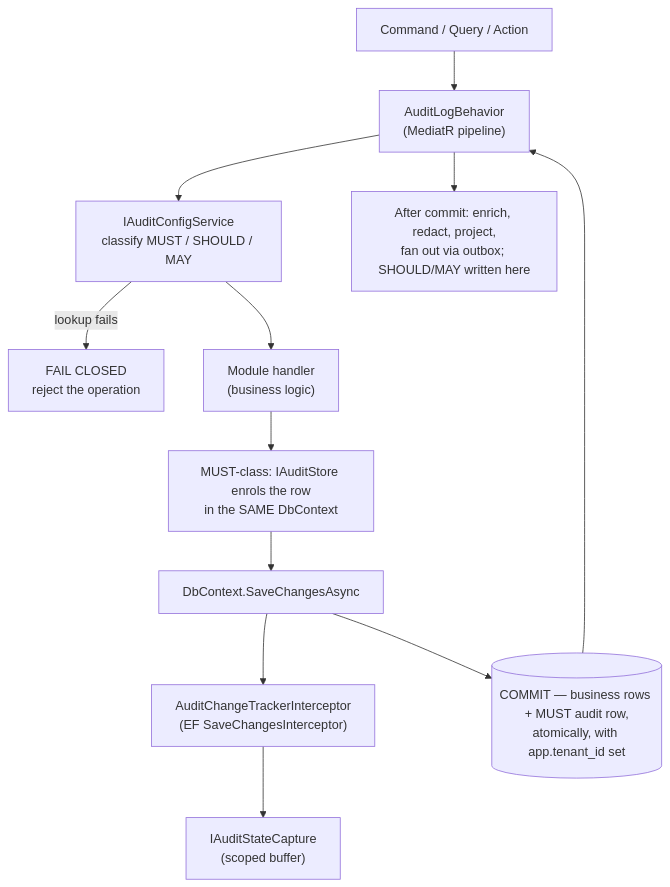
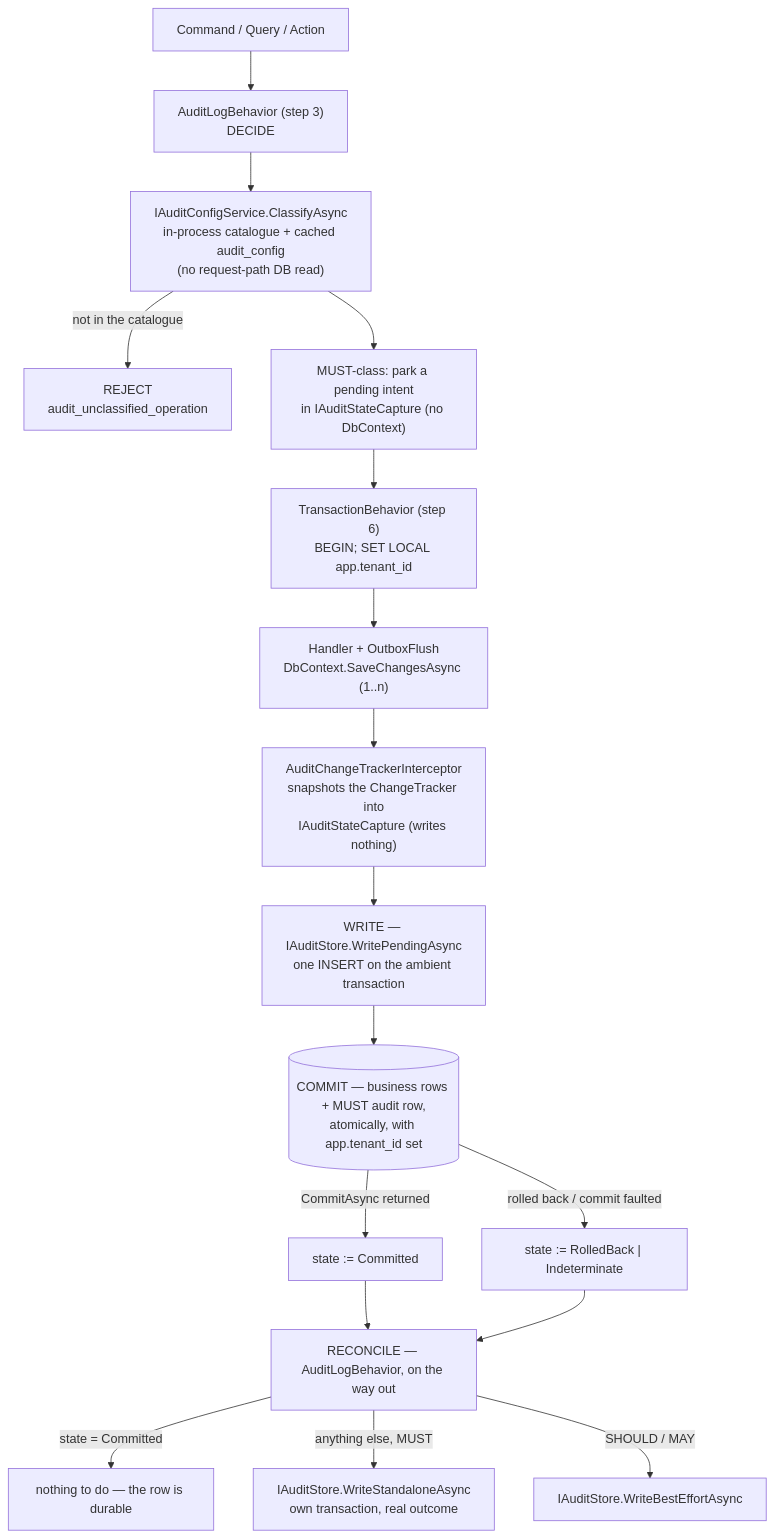
The diagram in docs/architecture/31-audit-subsystem.md (HodeTech/LearnStack), drawn with Mermaid before and after one commit. The commit also changed other lines of this file and 6 other files, not shown here.

First line of the commit message:
fix(audit): settle the durability model on the transaction, not on SaveChanges

````diff
--- a/docs/architecture/31-audit-subsystem.md
+++ b/docs/architecture/31-audit-subsystem.md
@@ -45,14 +55,19 @@
 ```mermaid
 flowchart TB
-    Cmd["Command / Query / Action"] --> Behavior["AuditLogBehavior<br/>(MediatR pipeline)"]
-    Behavior --> Config["IAuditConfigService<br/>classify MUST / SHOULD / MAY"]
-    Config -->|"lookup fails"| Closed["FAIL CLOSED<br/>reject the operation"]
-    Config --> Handler["Module handler<br/>(business logic)"]
-    Handler --> Enroll["MUST-class: IAuditStore enrols the row<br/>in the SAME DbContext"]
-    Enroll --> SaveChanges["DbContext.SaveChangesAsync"]
-    SaveChanges --> Interceptor["AuditChangeTrackerInterceptor<br/>(EF SaveChangesInterceptor)"]
-    Interceptor --> Buffer["IAuditStateCapture<br/>(scoped buffer)"]
-    SaveChanges --> Commit[("COMMIT — business rows + MUST audit row,<br/>atomically, with app.tenant_id set")]
-    Commit --> Behavior
-    Behavior --> Post["After commit: enrich, redact, project,<br/>fan out via outbox; SHOULD/MAY written here"]
+    Cmd["Command / Query / Action"] --> Behavior["AuditLogBehavior (step 3)<br/>DECIDE"]
+    Behavior --> Config["IAuditConfigService.ClassifyAsync<br/>in-process catalogue + cached audit_config<br/>(no request-path DB read)"]
+    Config -->|"not in the catalogue"| Closed["REJECT<br/>audit_unclassified_operation"]
+    Config --> Intent["MUST-class: park a pending intent<br/>in IAuditStateCapture (no DbContext)"]
+    Intent --> Tx["TransactionBehavior (step 6)<br/>BEGIN; SET LOCAL app.tenant_id"]
+    Tx --> Handler["Handler + OutboxFlush<br/>DbContext.SaveChangesAsync (1..n)"]
+    Handler --> Capture["AuditChangeTrackerInterceptor<br/>snapshots the ChangeTracker into<br/>IAuditStateCapture (writes nothing)"]
+    Capture --> Write["WRITE — IAuditStore.WritePendingAsync<br/>one INSERT on the ambient transaction"]
+    Write --> Commit[("COMMIT — business rows + MUST audit row,<br/>atomically, with app.tenant_id set")]
+    Commit -->|"CommitAsync returned"| Ok["state := Committed"]
+    Commit -->|"rolled back / commit faulted"| NotOk["state := RolledBack | Indeterminate"]
+    Ok --> Recon["RECONCILE — AuditLogBehavior, on the way out"]
+    NotOk --> Recon
+    Recon -->|"state = Committed"| Done["nothing to do — the row is durable"]
+    Recon -->|"anything else, MUST"| Standalone["IAuditStore.WriteStandaloneAsync<br/>own transaction, real outcome"]
+    Recon -->|"SHOULD / MAY"| Best["IAuditStore.WriteBestEffortAsync"]
 ```
````
